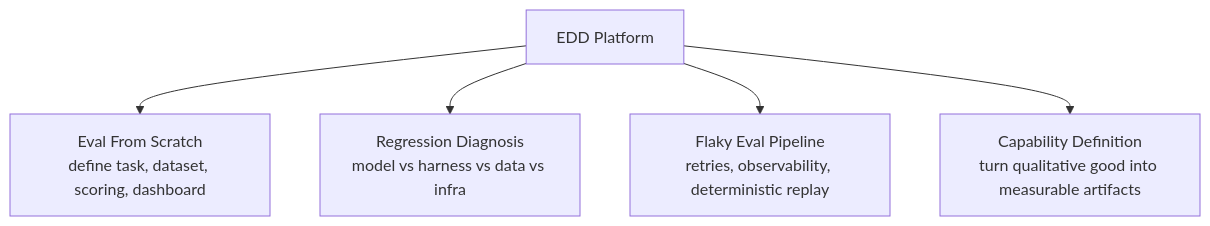
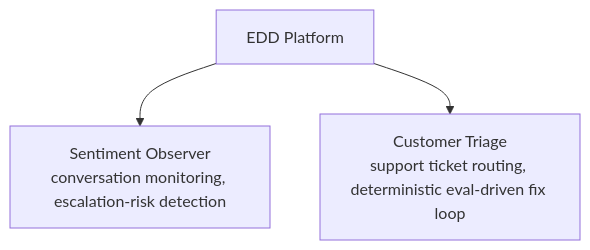
The sixth of 6 diagrams in docs/ARCHITECTURE.md (bfalkowski/edd-platform), drawn with Mermaid before and after one commit. The commit also changed other lines of this file and 5 other files, not shown here.

````diff
--- a/docs/ARCHITECTURE.md
+++ b/docs/ARCHITECTURE.md
@@ -261,14 +259,10 @@
 ```mermaid
 flowchart TB
   Platform["EDD Platform"]
 
-  Eval["Eval From Scratch<br/>define task, dataset, scoring, dashboard"]
-  Regression["Regression Diagnosis<br/>model vs harness vs data vs infra"]
-  Flaky["Flaky Eval Pipeline<br/>retries, observability, deterministic replay"]
-  Research["Capability Definition<br/>turn qualitative good into measurable artifacts"]
+  Sentiment["Sentiment Observer<br/>conversation monitoring, escalation-risk detection"]
+  Triage["Customer Triage<br/>support ticket routing, deterministic eval-driven fix loop"]
 
-  Platform --> Eval
-  Platform --> Regression
-  Platform --> Flaky
-  Platform --> Research
+  Platform --> Sentiment
+  Platform --> Triage
 ```
````
